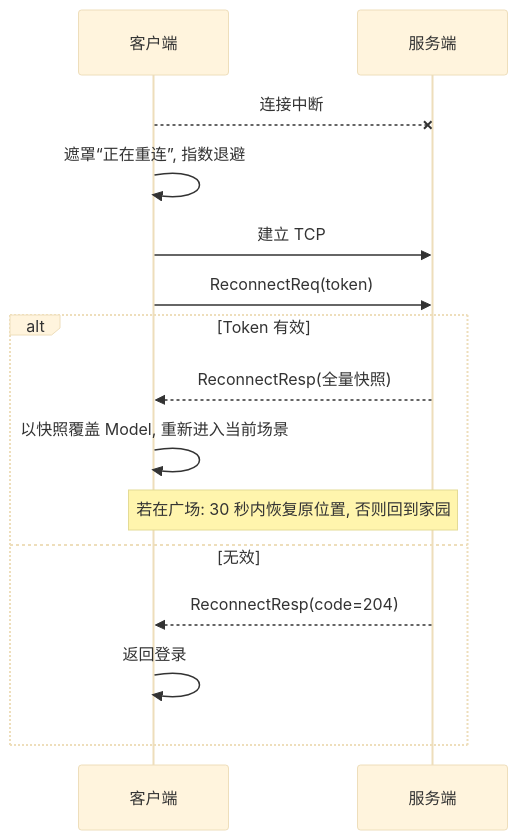
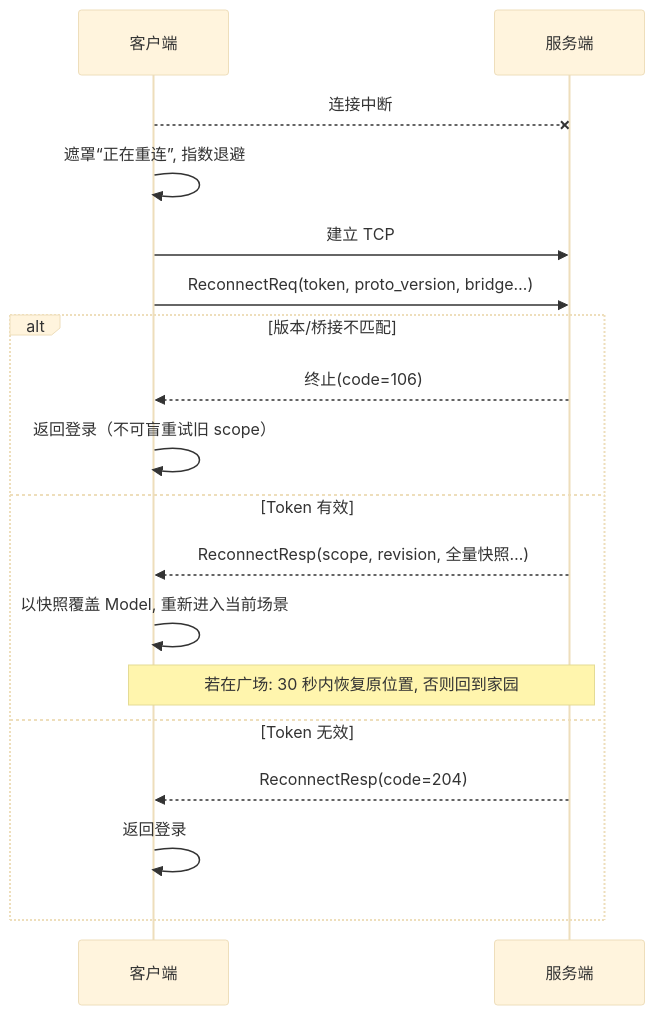
One commit to liuyuxin-ishere/BeAFarmer changed the fourth of 7 diagrams in Assets/ReferenceDoc/05_协议与接口.md. Above: the diagram before and after it, drawn with Mermaid (base theme). The commit also changed other lines of this file and 774 other files, not shown here.

````diff
--- a/Assets/ReferenceDoc/05_协议与接口.md
+++ b/Assets/ReferenceDoc/05_协议与接口.md
@@ -713,17 +807,20 @@
 ```mermaid
 sequenceDiagram
     participant C as 客户端
     participant S as 服务端
     C--xS: 连接中断
     C->>C: 遮罩“正在重连”, 指数退避
     C->>S: 建立 TCP
-    C->>S: ReconnectReq(token)
-    alt Token 有效
-        S-->>C: ReconnectResp(全量快照)
+    C->>S: ReconnectReq(token, proto_version, bridge…)
+    alt 版本/桥接不匹配
+        S-->>C: 终止(code=106)
+        C->>C: 返回登录（不可盲重试旧 scope）
+    else Token 有效
+        S-->>C: ReconnectResp(scope, revision, 全量快照…)
         C->>C: 以快照覆盖 Model, 重新进入当前场景
         Note over C,S: 若在广场: 30 秒内恢复原位置, 否则回到家园
-    else 无效
+    else Token 无效
         S-->>C: ReconnectResp(code=204)
         C->>C: 返回登录
     end
 ```
````
